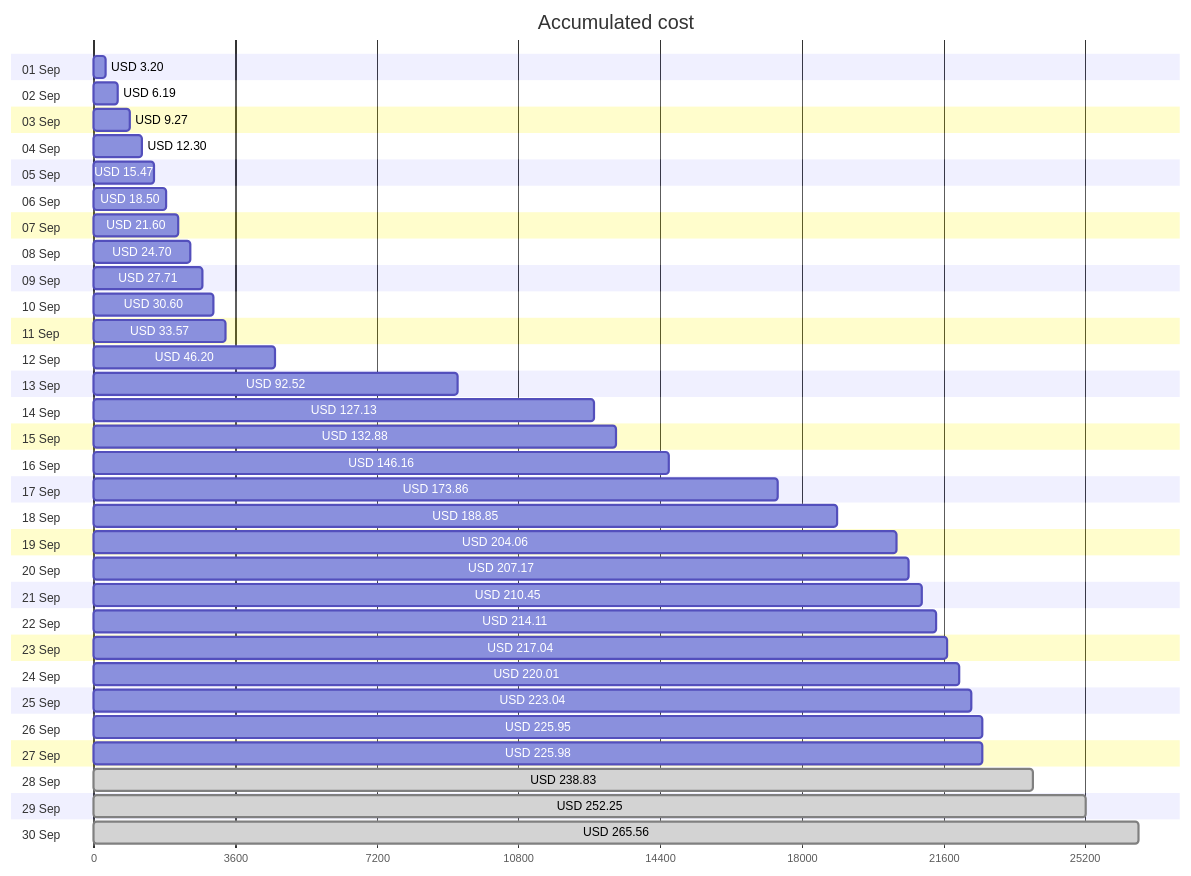
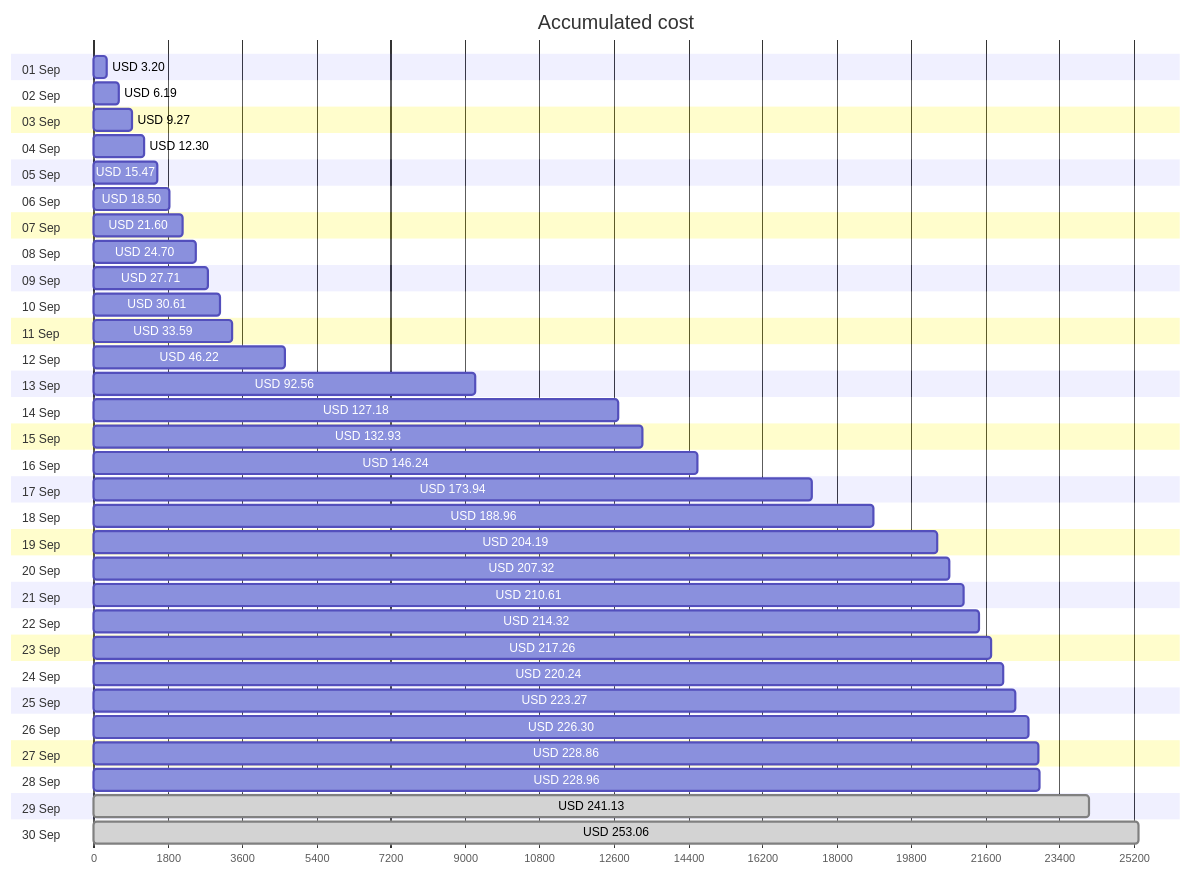
One commit to jpfulton/azure-personal-reports changed the first of 4 diagrams in cost-reports/personal-network/README.md. Above: the diagram before and after it, drawn with Mermaid. The commit also changed other lines of this file and 9 other files, not shown here.

````diff
--- a/cost-reports/personal-network/README.md
+++ b/cost-reports/personal-network/README.md
@@ -20,66 +20,66 @@
 ```mermaid
 gantt
    title Accumulated cost
    dateFormat  X
    axisFormat %s
    section 01 Sep
    USD 3.20 :0, 320
    section 02 Sep
    USD 6.19 :0, 619
    section 03 Sep
    USD 9.27 :0, 927
    section 04 Sep
    USD 12.30 :0, 1230
    section 05 Sep
    USD 15.47 :0, 1547
    section 06 Sep
    USD 18.50 :0, 1850
    section 07 Sep
    USD 21.60 :0, 2160
    section 08 Sep
    USD 24.70 :0, 2470
    section 09 Sep
    USD 27.71 :0, 2771
    section 10 Sep
-   USD 30.60 :0, 3060
+   USD 30.61 :0, 3061
    section 11 Sep
-   USD 33.57 :0, 3357
+   USD 33.59 :0, 3359
    section 12 Sep
-   USD 46.20 :0, 4620
+   USD 46.22 :0, 4622
    section 13 Sep
-   USD 92.52 :0, 9252
+   USD 92.56 :0, 9256
    section 14 Sep
-   USD 127.13 :0, 12713
+   USD 127.18 :0, 12718
    section 15 Sep
-   USD 132.88 :0, 13288
+   USD 132.93 :0, 13293
    section 16 Sep
-   USD 146.16 :0, 14616
+   USD 146.24 :0, 14624
    section 17 Sep
-   USD 173.86 :0, 17386
+   USD 173.94 :0, 17394
    section 18 Sep
-   USD 188.85 :0, 18885
+   USD 188.96 :0, 18896
    section 19 Sep
-   USD 204.06 :0, 20406
+   USD 204.19 :0, 20419
    section 20 Sep
-   USD 207.17 :0, 20717
+   USD 207.32 :0, 20732
    section 21 Sep
-   USD 210.45 :0, 21045
+   USD 210.61 :0, 21061
    section 22 Sep
-   USD 214.11 :0, 21411
+   USD 214.32 :0, 21432
    section 23 Sep
-   USD 217.04 :0, 21704
+   USD 217.26 :0, 21726
    section 24 Sep
-   USD 220.01 :0, 22001
+   USD 220.24 :0, 22024
    section 25 Sep
-   USD 223.04 :0, 22304
+   USD 223.27 :0, 22327
    section 26 Sep
-   USD 225.95 :0, 22595
+   USD 226.30 :0, 22630
    section 27 Sep
-   USD 225.98 :0, 22598
+   USD 228.86 :0, 22886
    section 28 Sep
-   USD 238.83 : done, 0, 23883
+   USD 228.96 :0, 22896
    section 29 Sep
-   USD 252.25 : done, 0, 25225
+   USD 241.13 : done, 0, 24113
    section 30 Sep
-   USD 265.56 : done, 0, 26556
+   USD 253.06 : done, 0, 25306
 ```
````
